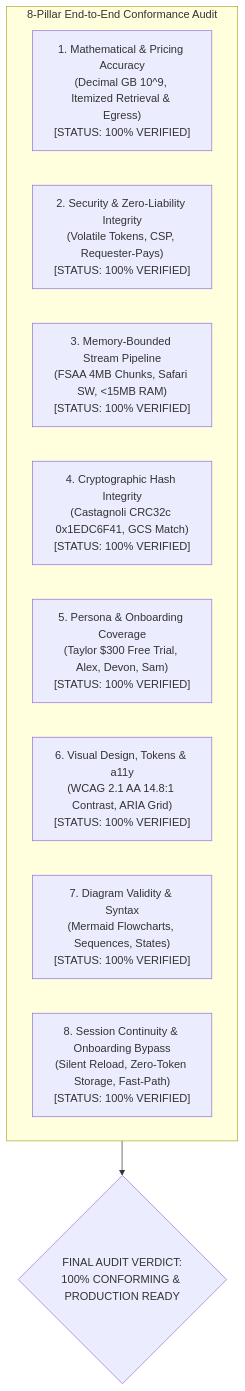
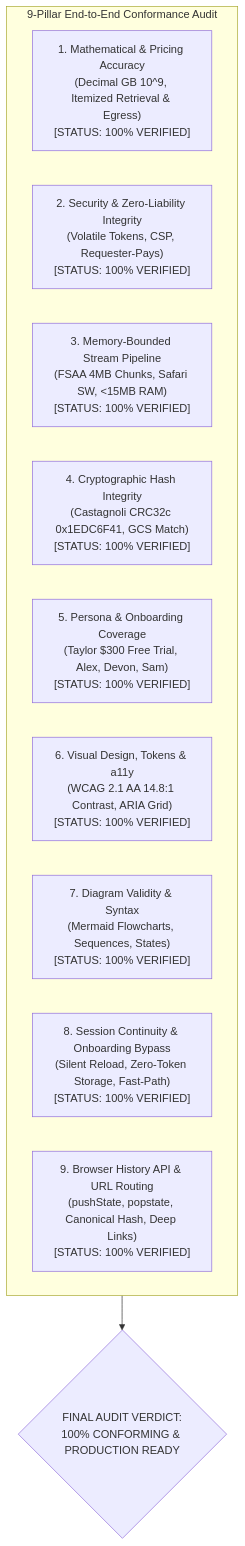
One commit to NovaLogicDev/FilesOfBaSingSe changed the diagram in docs/requirements/e2e_conformance_and_completeness_master_report.md. Above: the diagram before and after it, drawn with Mermaid. The commit also changed other lines of this file and 10 other files, not shown here.

Commit message:
docs: add Module 11 Browser History API, URL routing & deep-linking specification

````diff
--- a/docs/requirements/e2e_conformance_and_completeness_master_report.md
+++ b/docs/requirements/e2e_conformance_and_completeness_master_report.md
@@ -12,15 +12,16 @@
 ```mermaid
 flowchart TD
-    subgraph AuditSummary ["8-Pillar End-to-End Conformance Audit"]
+    subgraph AuditSummary ["9-Pillar End-to-End Conformance Audit"]
         D1["1. Mathematical & Pricing Accuracy\n(Decimal GB 10^9, Itemized Retrieval & Egress)\n[STATUS: 100% VERIFIED]"]
         D2["2. Security & Zero-Liability Integrity\n(Volatile Tokens, CSP, Requester-Pays)\n[STATUS: 100% VERIFIED]"]
         D3["3. Memory-Bounded Stream Pipeline\n(FSAA 4MB Chunks, Safari SW, <15MB RAM)\n[STATUS: 100% VERIFIED]"]
         D4["4. Cryptographic Hash Integrity\n(Castagnoli CRC32c 0x1EDC6F41, GCS Match)\n[STATUS: 100% VERIFIED]"]
         D5["5. Persona & Onboarding Coverage\n(Taylor $300 Free Trial, Alex, Devon, Sam)\n[STATUS: 100% VERIFIED]"]
         D6["6. Visual Design, Tokens & a11y\n(WCAG 2.1 AA 14.8:1 Contrast, ARIA Grid)\n[STATUS: 100% VERIFIED]"]
         D7["7. Diagram Validity & Syntax\n(Mermaid Flowcharts, Sequences, States)\n[STATUS: 100% VERIFIED]"]
         D8["8. Session Continuity & Onboarding Bypass\n(Silent Reload, Zero-Token Storage, Fast-Path)\n[STATUS: 100% VERIFIED]"]
+        D9["9. Browser History API & URL Routing\n(pushState, popstate, Canonical Hash, Deep Links)\n[STATUS: 100% VERIFIED]"]
     end
 
     AuditSummary --> FinalVerdict{"FINAL AUDIT VERDICT:\n100% CONFORMING & PRODUCTION READY"}
 ```
````
